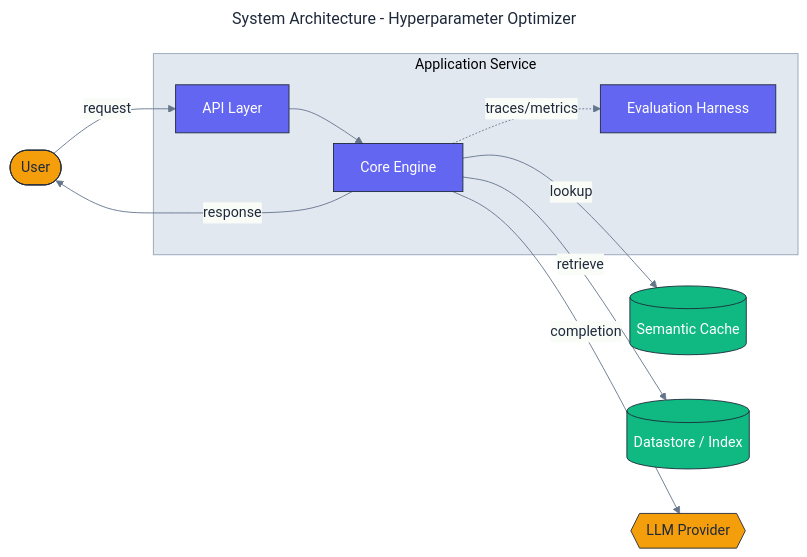
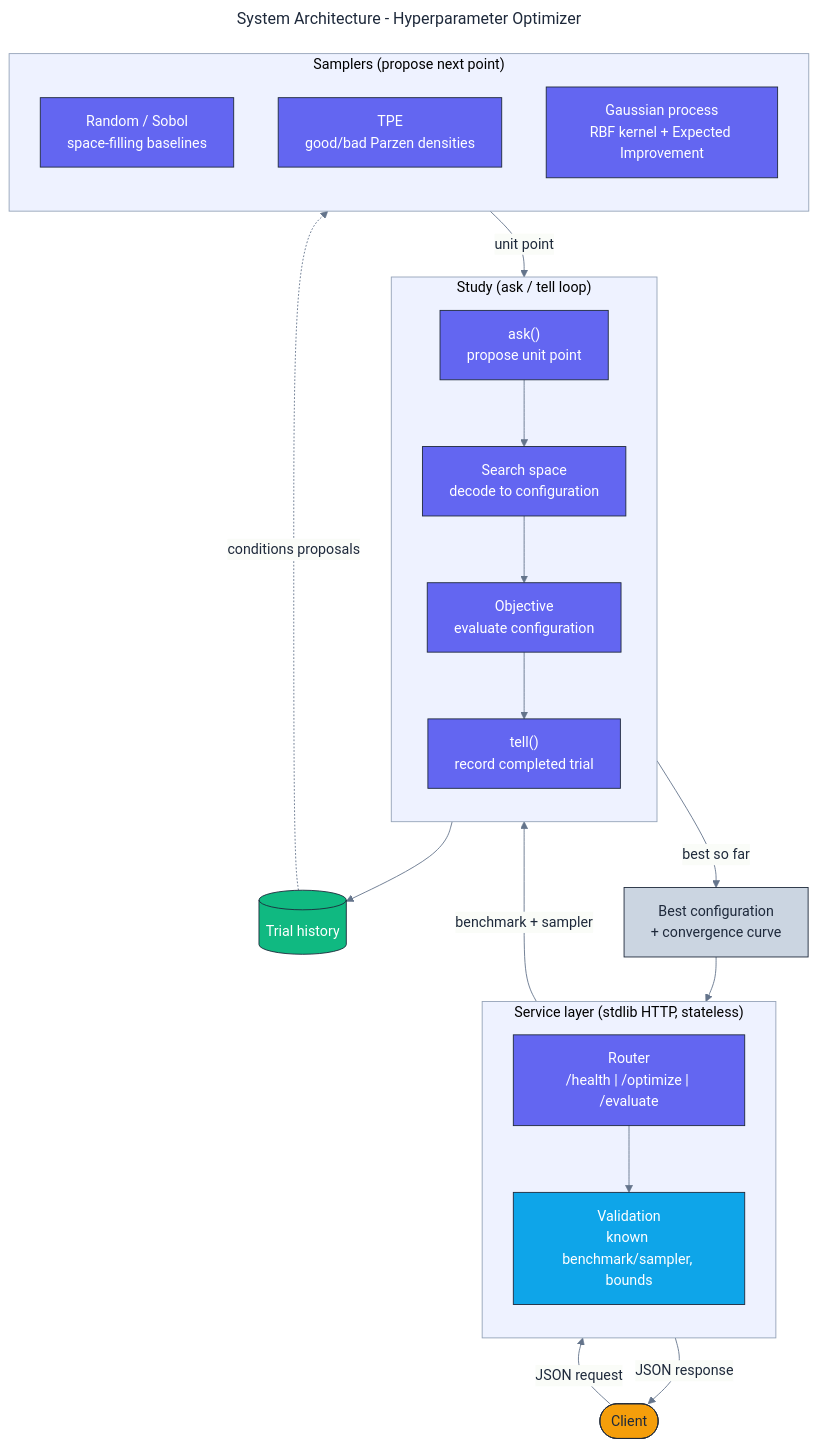
The diagram in docs/architecture/architecture.mmd (adeoluo/hyperparameter-optimizer), drawn with Mermaid before and after one commit. The commit also changed 17 other files, not shown here.

First line of the commit message:
feat: add HTTP service, benchmarks, and full documentation

```diff
--- a/docs/architecture/architecture.mmd
+++ b/docs/architecture/architecture.mmd
@@ -1,38 +1,54 @@
 ---
 title: System Architecture - Hyperparameter Optimizer
 config:
   theme: base
   themeVariables:
     fontFamily: "Inter, system-ui, sans-serif"
     primaryColor: "#F8FAFC"
     primaryBorderColor: "#1E293B"
     primaryTextColor: "#1E293B"
     lineColor: "#64748B"
-    clusterBkg: "#E2E8F0"
+    clusterBkg: "#EEF2FF"
     clusterBorder: "#94A3B8"
 ---
-flowchart LR
+flowchart TB
+    classDef edge     fill:#F59E0B,stroke:#1E293B,color:#1E293B,stroke-width:1px;
     classDef core     fill:#6366F1,stroke:#1E293B,color:#ffffff,stroke-width:1px;
     classDef data     fill:#10B981,stroke:#1E293B,color:#ffffff,stroke-width:1px;
-    classDef external fill:#F59E0B,stroke:#1E293B,color:#1E293B,stroke-width:1px;
-    classDef danger   fill:#EF4444,stroke:#1E293B,color:#ffffff,stroke-width:1px;
+    classDef control  fill:#0EA5E9,stroke:#1E293B,color:#ffffff,stroke-width:1px;
+    classDef obs      fill:#CBD5E1,stroke:#1E293B,color:#1E293B,stroke-width:1px;
 
-    User([User]):::external
+    Client([Client]):::edge
 
-    subgraph Application["Application Service"]
-        API[API Layer]:::core
-        Core[Core Engine]:::core
-        Evaluation[Evaluation Harness]:::core
+    subgraph Edge["Service layer (stdlib HTTP, stateless)"]
+        direction TB
+        Router["Router<br/>/health | /optimize | /evaluate"]:::core
+        Validate["Validation<br/>known benchmark/sampler, bounds"]:::control
     end
 
-    Cache[(Semantic Cache)]:::data
-    Store[(Datastore / Index)]:::data
-    LLM{{LLM Provider}}:::external
+    subgraph Loop["Study (ask / tell loop)"]
+        direction TB
+        Ask["ask()<br/>propose unit point"]:::core
+        Decode["Search space<br/>decode to configuration"]:::core
+        Eval["Objective<br/>evaluate configuration"]:::core
+        Tell["tell()<br/>record completed trial"]:::core
+    end
 
-    User -->|request| API
-    API --> Core
-    Core -->|lookup| Cache
-    Core -->|retrieve| Store
-    Core -->|completion| LLM
-    Core -.->|traces/metrics| Evaluation
-    Core -->|response| User
+    subgraph Samplers["Samplers (propose next point)"]
+        direction TB
+        Random["Random / Sobol<br/>space-filling baselines"]:::core
+        TPE["TPE<br/>good/bad Parzen densities"]:::core
+        GP["Gaussian process<br/>RBF kernel + Expected Improvement"]:::core
+    end
+
+    History[(Trial history)]:::data
+    Result["Best configuration<br/>+ convergence curve"]:::obs
+
+    Client -->|JSON request| Router --> Validate
+    Validate -->|benchmark + sampler| Ask
+    Ask --> Decode --> Eval --> Tell
+    Tell --> History
+    History -.->|conditions proposals| Samplers
+    Samplers -->|unit point| Ask
+    Tell -->|best so far| Result
+    Result --> Router -->|JSON response| Client
```
